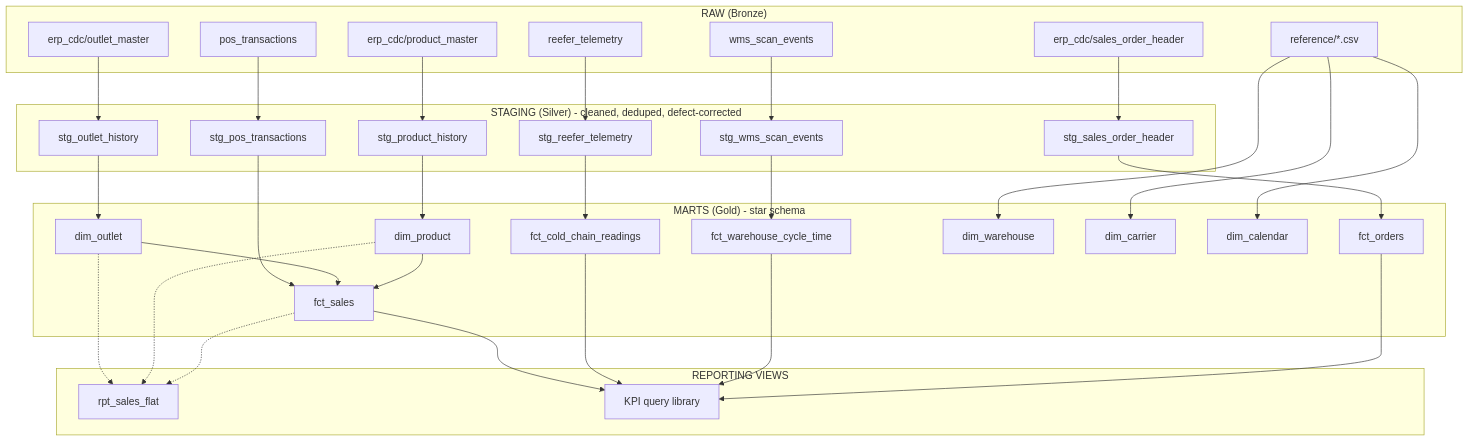
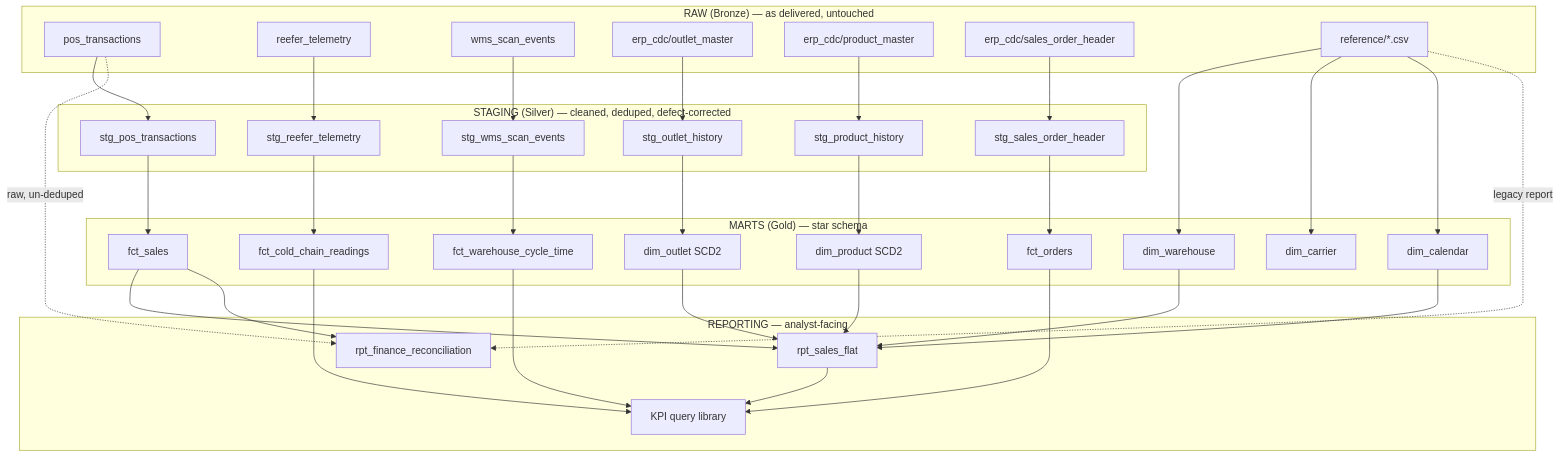
Before and after one commit to ami-offc-97/kestrel-analytics: the diagram in README.md, drawn with Mermaid. The commit also changed other lines of this file and 17 other files, not shown here.

First line of the commit message:
Add KPI catalogue, query library, README, and split DECISIONS.md

````diff
--- a/README.md
+++ b/README.md
@@ -22,58 +130,62 @@
 ```mermaid
 flowchart TB
-    subgraph RAW["RAW (Bronze)"]
+    subgraph RAW["RAW (Bronze) — as delivered, untouched"]
         R1[pos_transactions]
         R2[reefer_telemetry]
         R3[wms_scan_events]
         R4[erp_cdc/outlet_master]
         R5[erp_cdc/product_master]
         R6[erp_cdc/sales_order_header]
         R7[reference/*.csv]
     end
 
-    subgraph STG["STAGING (Silver) - cleaned, deduped, defect-corrected"]
+    subgraph STG["STAGING (Silver) — cleaned, deduped, defect-corrected"]
         S1[stg_pos_transactions]
         S2[stg_reefer_telemetry]
         S3[stg_wms_scan_events]
         S4[stg_outlet_history]
         S5[stg_product_history]
         S6[stg_sales_order_header]
     end
 
-    subgraph MARTS["MARTS (Gold) - star schema"]
+    subgraph MARTS["MARTS (Gold) — star schema"]
         F1[fct_sales]
         F2[fct_cold_chain_readings]
         F3[fct_warehouse_cycle_time]
         F4[fct_orders]
-        D1[dim_outlet]
-        D2[dim_product]
+        D1[dim_outlet SCD2]
+        D2[dim_product SCD2]
         D3[dim_warehouse]
         D4[dim_carrier]
         D5[dim_calendar]
     end
 
-    subgraph RPT["REPORTING VIEWS"]
+    subgraph RPT["REPORTING — analyst-facing"]
         V1[rpt_sales_flat]
-        V2[KPI query library]
+        V2[rpt_finance_reconciliation]
+        V3[KPI query library]
     end
 
     R1 --> S1 --> F1
     R2 --> S2 --> F2
     R3 --> S3 --> F3
     R4 --> S4 --> D1
     R5 --> S5 --> D2
     R6 --> S6 --> F4
     R7 --> D3
     R7 --> D4
     R7 --> D5
 
-    D1 --> F1
-    D2 --> F1
-    D1 -.-> V1
-    D2 -.-> V1
-    F1 -.-> V1
+    D1 --> V1
+    D2 --> V1
+    D3 --> V1
+    D5 --> V1
+    F1 --> V1
     F1 --> V2
-    F2 --> V2
-    F3 --> V2
-    F4 --> V2
+    R1 -.raw, un-deduped.-> V2
+    R7 -.legacy report.-> V2
+    V1 --> V3
+    F2 --> V3
+    F3 --> V3
+    F4 --> V3
 ```
````
